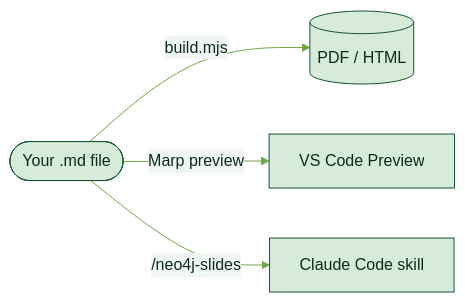
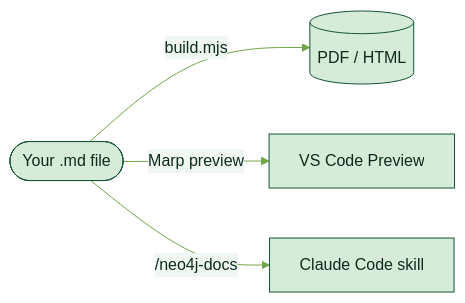
Before and after one commit to halftermeyer/neo4j-marp-template: the second of 2 diagrams in examples/neo4j-marp-template-guide.md, drawn with Mermaid. The commit also changed other lines of this file and 2 other files, not shown here.

First line of the commit message:
Persistent build cache, remove neo4j-slides, fix guide references

````diff
--- a/examples/neo4j-marp-template-guide.md
+++ b/examples/neo4j-marp-template-guide.md
@@ -262,7 +262,7 @@
 ```mermaid
 %%{init: {"theme": "base", "themeVariables": {"primaryColor": "#D6ECD8", "mainBkg": "#D6ECD8", "nodeBorder": "#145439", "primaryBorderColor": "#145439", "primaryTextColor": "#0C2B1E", "lineColor": "#6FA646", "edgeLabelBackground": "#F0F6F1"}}}%%
 graph LR
     Deck([Your .md file]) -->|build.mjs| PDF[(PDF / HTML)]
     Deck -->|Marp preview| Preview[VS Code Preview]
-    Deck -->|/neo4j-slides| Claude[Claude Code skill]
+    Deck -->|/neo4j-docs| Claude[Claude Code skill]
 ```
````
